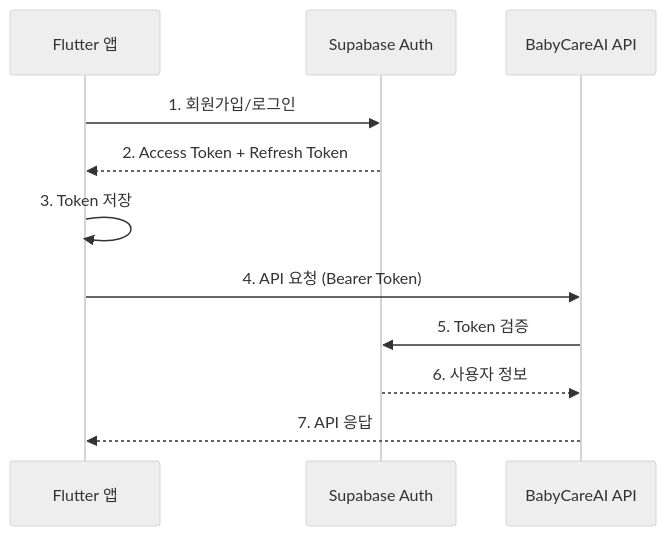
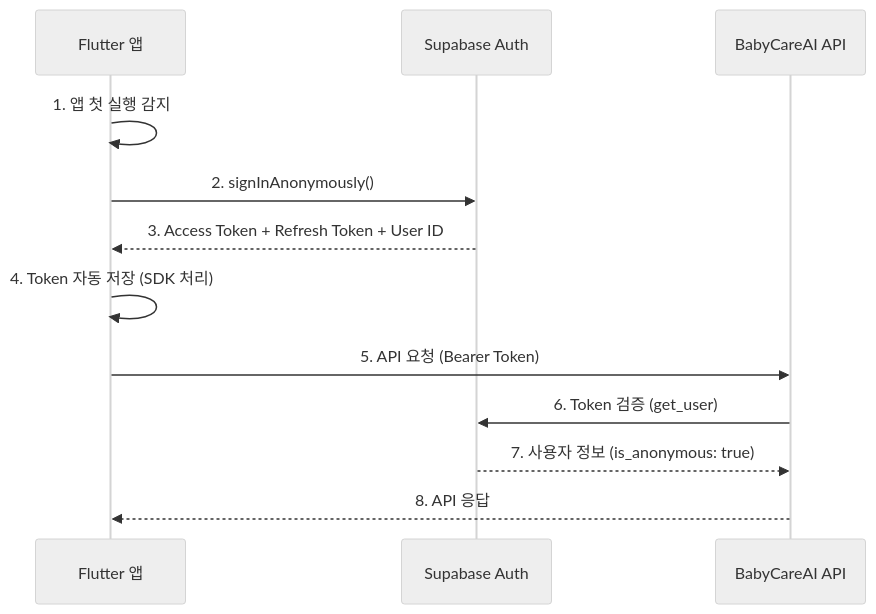
The first of 3 diagrams in docs/authentication-api.md (generation21/baby_care_ai_app), drawn with Mermaid (neutral theme) before and after one commit. The commit also changed other lines of this file and 19 other files, not shown here.

Commit message:
Update dependencies and refactor authentication: Added device_info_plus and updated Supabase authentication to use anonymous login, removing login and signup screens. Adjusted API client to handle token management and updated documentation accordingly.

````diff
--- a/docs/authentication-api.md
+++ b/docs/authentication-api.md
@@ -27,14 +53,15 @@
 ```mermaid
 sequenceDiagram
-    participant Client as Flutter 앱
+    participant App as Flutter 앱
     participant Supabase as Supabase Auth
     participant Server as BabyCareAI API
-    
-    Client->>Supabase: 1. 회원가입/로그인
-    Supabase-->>Client: 2. Access Token + Refresh Token
-    Client->>Client: 3. Token 저장
-    Client->>Server: 4. API 요청 (Bearer Token)
-    Server->>Supabase: 5. Token 검증
-    Supabase-->>Server: 6. 사용자 정보
-    Server-->>Client: 7. API 응답
+
+    App->>App: 1. 앱 첫 실행 감지
+    App->>Supabase: 2. signInAnonymously()
+    Supabase-->>App: 3. Access Token + Refresh Token + User ID
+    App->>App: 4. Token 자동 저장 (SDK 처리)
+    App->>Server: 5. API 요청 (Bearer Token)
+    Server->>Supabase: 6. Token 검증 (get_user)
+    Supabase-->>Server: 7. 사용자 정보 (is_anonymous: true)
+    Server-->>App: 8. API 응답
 ```
````
